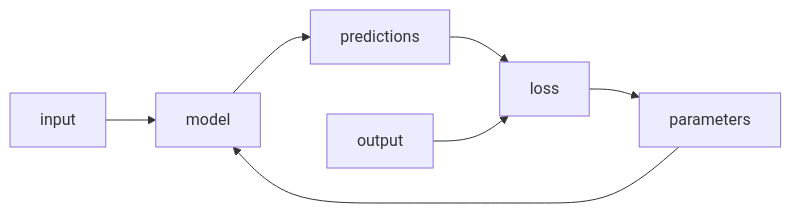
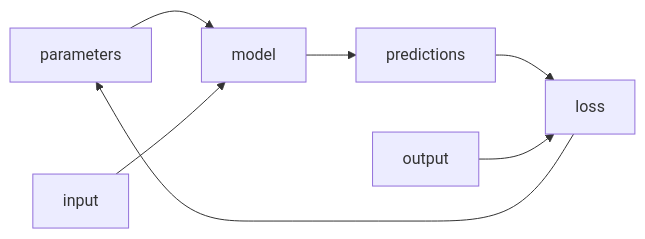
Before and after one commit to nicoladerric/nicoladerric.github.io: the third of 3 diagrams in _posts/2023-08-16-rivoluzione.md, drawn with Mermaid. The commit also changed other lines of this file, not shown here.

````diff
--- a/_posts/2023-08-16-rivoluzione.md
+++ b/_posts/2023-08-16-rivoluzione.md
@@ -31,9 +31,9 @@
 ```mermaid
 flowchart LR;
+    parameters --> model;
     input --> model;
-    parameters --> model;
     model --> predictions;
     predictions --> loss;
     output --> loss;
     loss --> parameters;
 ```
````
